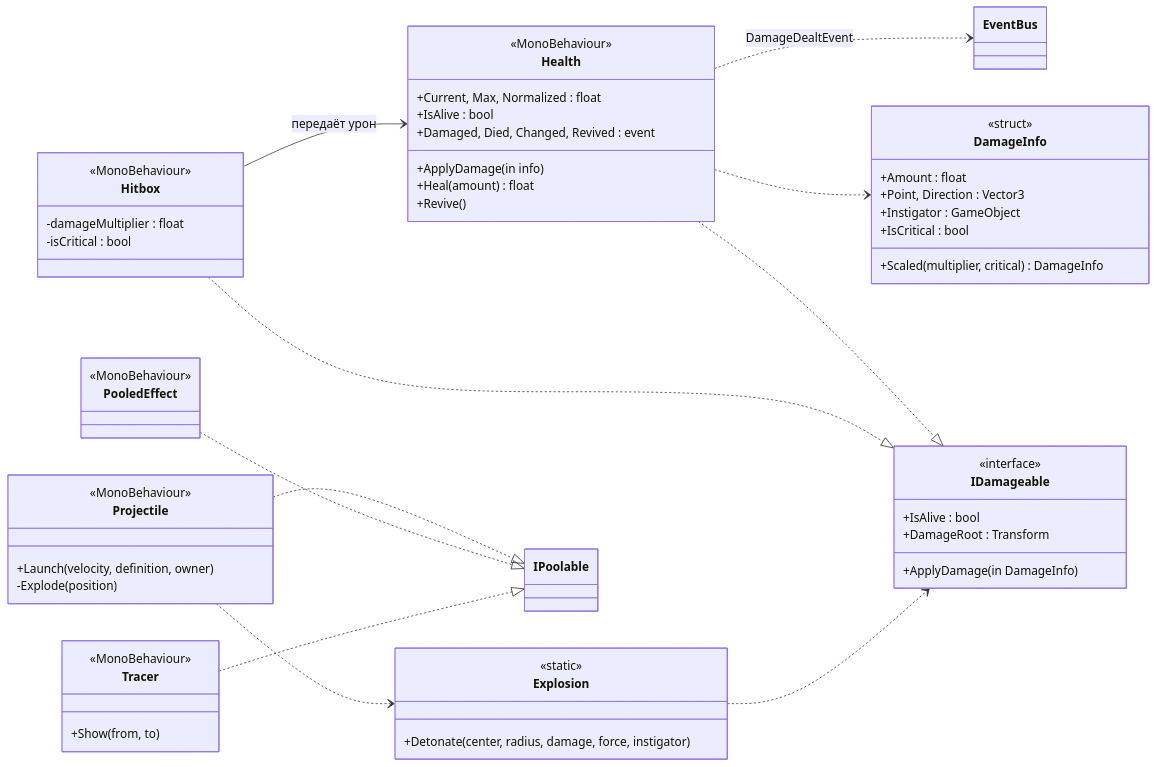
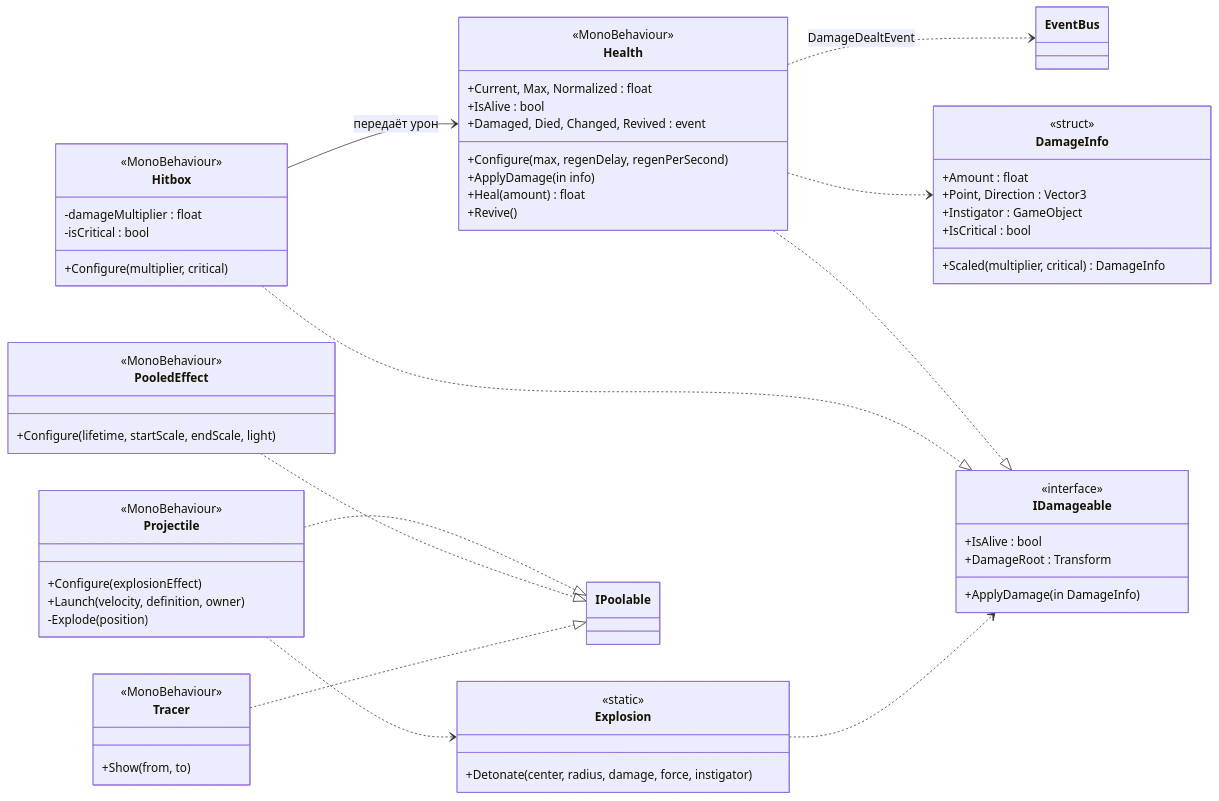
One commit to legatys/game changed the eighth of 15 diagrams in Prod/Docs/UML.md. Above: the diagram before and after it, drawn with Mermaid. The commit also changed other lines of this file and 51 other files, not shown here.

````diff
--- a/Prod/Docs/UML.md
+++ b/Prod/Docs/UML.md
@@ -487,58 +497,62 @@
 ```mermaid
 classDiagram
     direction LR
     class DamageInfo {
         <<struct>>
         +Amount : float
         +Point, Direction : Vector3
         +Instigator : GameObject
         +IsCritical : bool
         +Scaled(multiplier, critical) DamageInfo
     }
     class IDamageable {
         <<interface>>
         +IsAlive : bool
         +DamageRoot : Transform
         +ApplyDamage(in DamageInfo)
     }
     class Health {
         <<MonoBehaviour>>
         +Current, Max, Normalized : float
         +IsAlive : bool
         +Damaged, Died, Changed, Revived : event
+        +Configure(max, regenDelay, regenPerSecond)
         +ApplyDamage(in info)
         +Heal(amount) float
         +Revive()
     }
     class Hitbox {
         <<MonoBehaviour>>
         -damageMultiplier : float
         -isCritical : bool
+        +Configure(multiplier, critical)
     }
     class Projectile {
         <<MonoBehaviour>>
+        +Configure(explosionEffect)
         +Launch(velocity, definition, owner)
         -Explode(position)
     }
     class Explosion {
         <<static>>
         +Detonate(center, radius, damage, force, instigator)
     }
     class PooledEffect {
         <<MonoBehaviour>>
+        +Configure(lifetime, startScale, endScale, light)
     }
     class Tracer {
         <<MonoBehaviour>>
         +Show(from, to)
     }
     Health ..|> IDamageable
     Hitbox ..|> IDamageable
     Hitbox --> Health : передаёт урон
     Health ..> DamageInfo
     Health ..> EventBus : DamageDealtEvent
     Projectile ..|> IPoolable
     PooledEffect ..|> IPoolable
     Tracer ..|> IPoolable
     Projectile ..> Explosion
     Explosion ..> IDamageable
 ```
````
